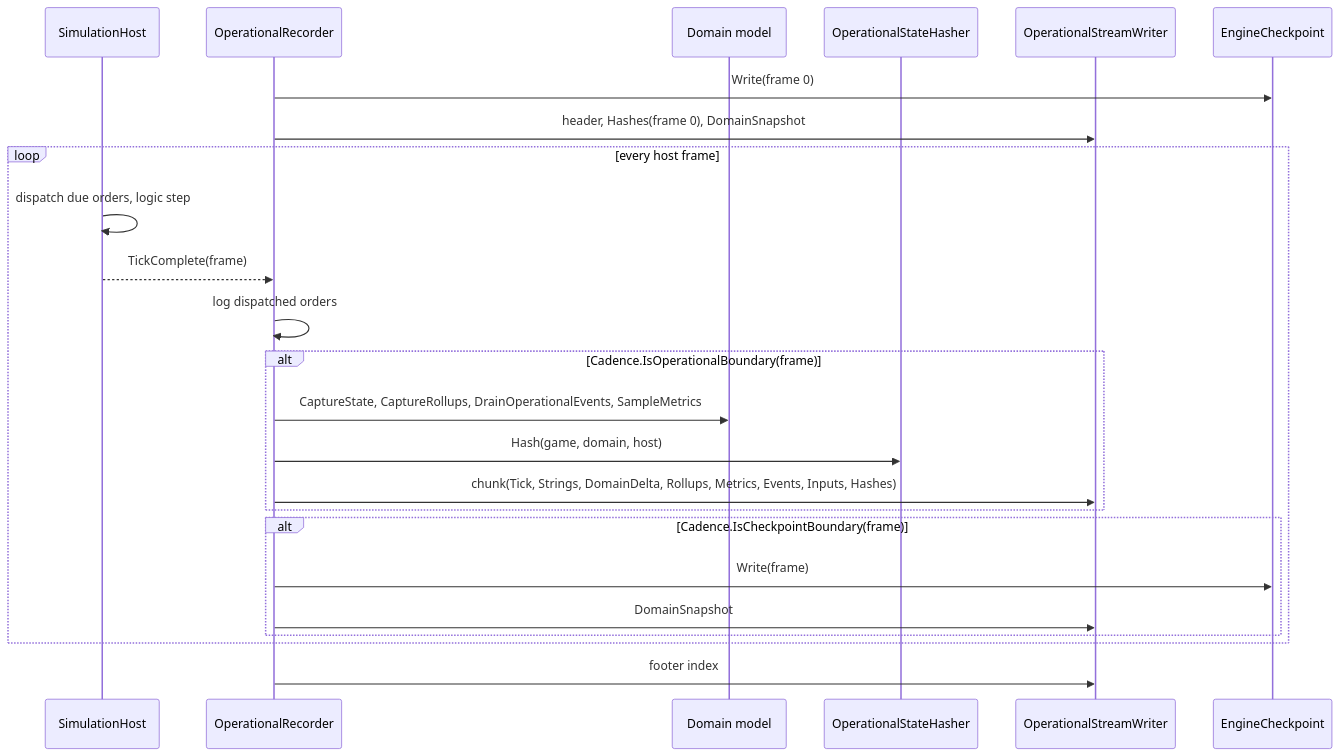
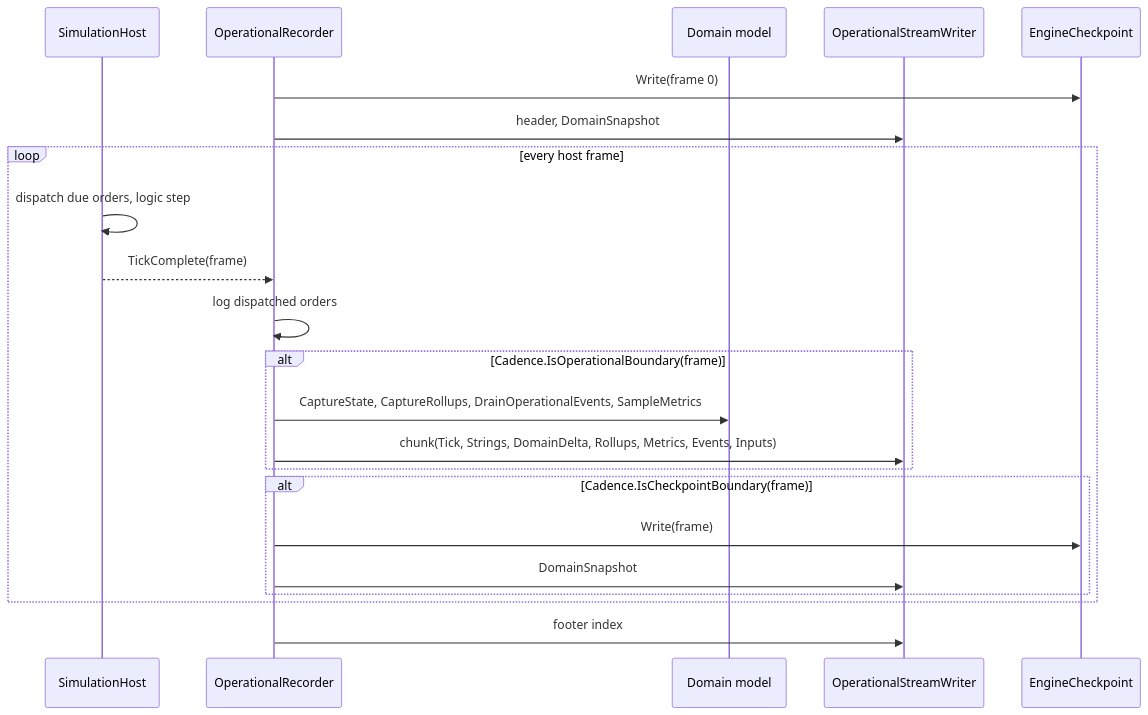
One commit to rmessinger/Panopticon changed the second of 3 diagrams in docs/roadmap/deep-dives/a1-6-operational-recording.md. Above: the diagram before and after it, drawn with Mermaid. The commit also changed other lines of this file and 23 other files, not shown here.

First line of the commit message:
docs(roadmap): revise A1-6 to storage-first checkpoint re-simulation

````diff
--- a/docs/roadmap/deep-dives/a1-6-operational-recording.md
+++ b/docs/roadmap/deep-dives/a1-6-operational-recording.md
@@ -398,27 +366,25 @@
 ```mermaid
 sequenceDiagram
   participant Host as SimulationHost
   participant Rec as OperationalRecorder
   participant Dom as Domain model
-  participant Hash as OperationalStateHasher
   participant Stream as OperationalStreamWriter
   participant Ckpt as EngineCheckpoint
 
   Rec->>Ckpt: Write(frame 0)
-  Rec->>Stream: header, Hashes(frame 0), DomainSnapshot
+  Rec->>Stream: header, DomainSnapshot
   loop every host frame
     Host->>Host: dispatch due orders, logic step
     Host-->>Rec: TickComplete(frame)
     Rec->>Rec: log dispatched orders
     alt Cadence.IsOperationalBoundary(frame)
       Rec->>Dom: CaptureState, CaptureRollups, DrainOperationalEvents, SampleMetrics
-      Rec->>Hash: Hash(game, domain, host)
-      Rec->>Stream: chunk(Tick, Strings, DomainDelta, Rollups, Metrics, Events, Inputs, Hashes)
+      Rec->>Stream: chunk(Tick, Strings, DomainDelta, Rollups, Metrics, Events, Inputs)
     end
     alt Cadence.IsCheckpointBoundary(frame)
       Rec->>Ckpt: Write(frame)
       Rec->>Stream: DomainSnapshot
     end
   end
   Rec->>Stream: footer index
 ```
````
